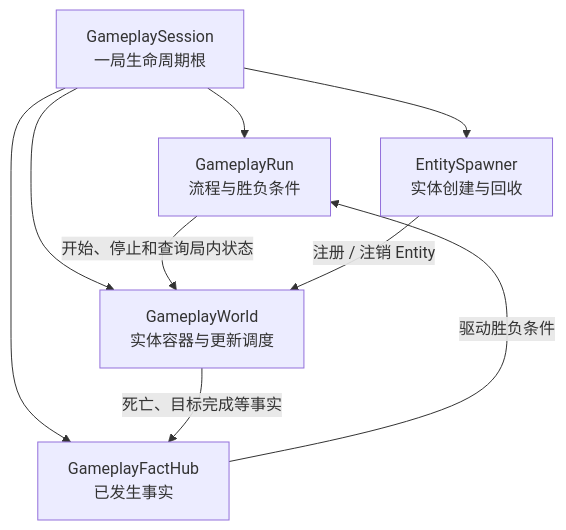
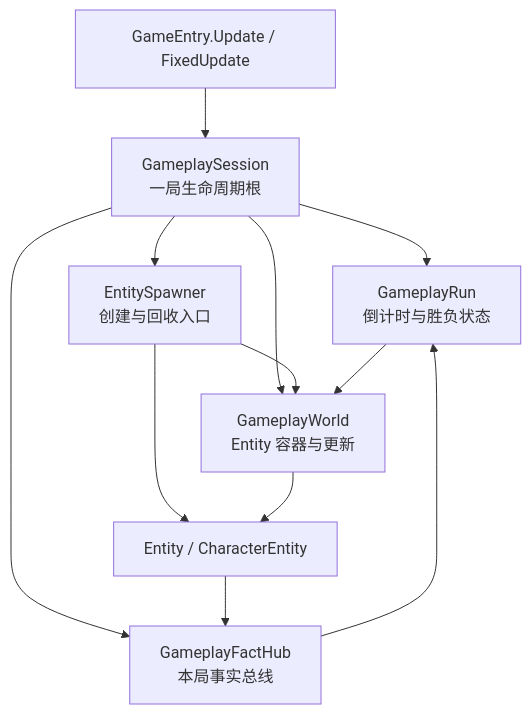
The first of 6 diagrams in Assets/Scripts/ShotGame/Docs/02_GameplayWorld与Entity框架清单.md (stttttttt/GrazeShotDemo), drawn with Mermaid before and after one commit. The commit also changed other lines of this file and 77 other files, not shown here.

Commit message:
GameplayWorld 与 Entity 基础框架

````diff
--- a/Assets/Scripts/ShotGame/Docs/02_GameplayWorld与Entity框架清单.md
+++ b/Assets/Scripts/ShotGame/Docs/02_GameplayWorld与Entity框架清单.md
@@ -9,17 +11,22 @@
 ```mermaid
 flowchart TD
+    ENTRY[GameEntry.Update / FixedUpdate]
     SESSION[GameplaySession<br/>一局生命周期根]
-    RUN[GameplayRun<br/>流程与胜负条件]
-    WORLD[GameplayWorld<br/>实体容器与更新调度]
-    FACTS[GameplayFactHub<br/>已发生事实]
-    SPAWNER[EntitySpawner<br/>实体创建与回收]
+    RUN[GameplayRun<br/>倒计时与胜负状态]
+    WORLD[GameplayWorld<br/>Entity 容器与更新]
+    SPAWNER[EntitySpawner<br/>创建与回收入口]
+    FACTS[GameplayFactHub<br/>本局事实总线]
+    ENTITY[Entity / CharacterEntity]
 
+    ENTRY --> SESSION
     SESSION --> RUN
     SESSION --> WORLD
+    SESSION --> SPAWNER
     SESSION --> FACTS
-    SESSION --> SPAWNER
-    RUN -->|开始、停止和查询局内状态| WORLD
-    SPAWNER -->|注册 / 注销 Entity| WORLD
-    WORLD -->|死亡、目标完成等事实| FACTS
-    FACTS -->|驱动胜负条件| RUN
+    SPAWNER --> ENTITY
+    SPAWNER --> WORLD
+    WORLD --> ENTITY
+    ENTITY --> FACTS
+    FACTS --> RUN
+    RUN --> WORLD
 ```
````
